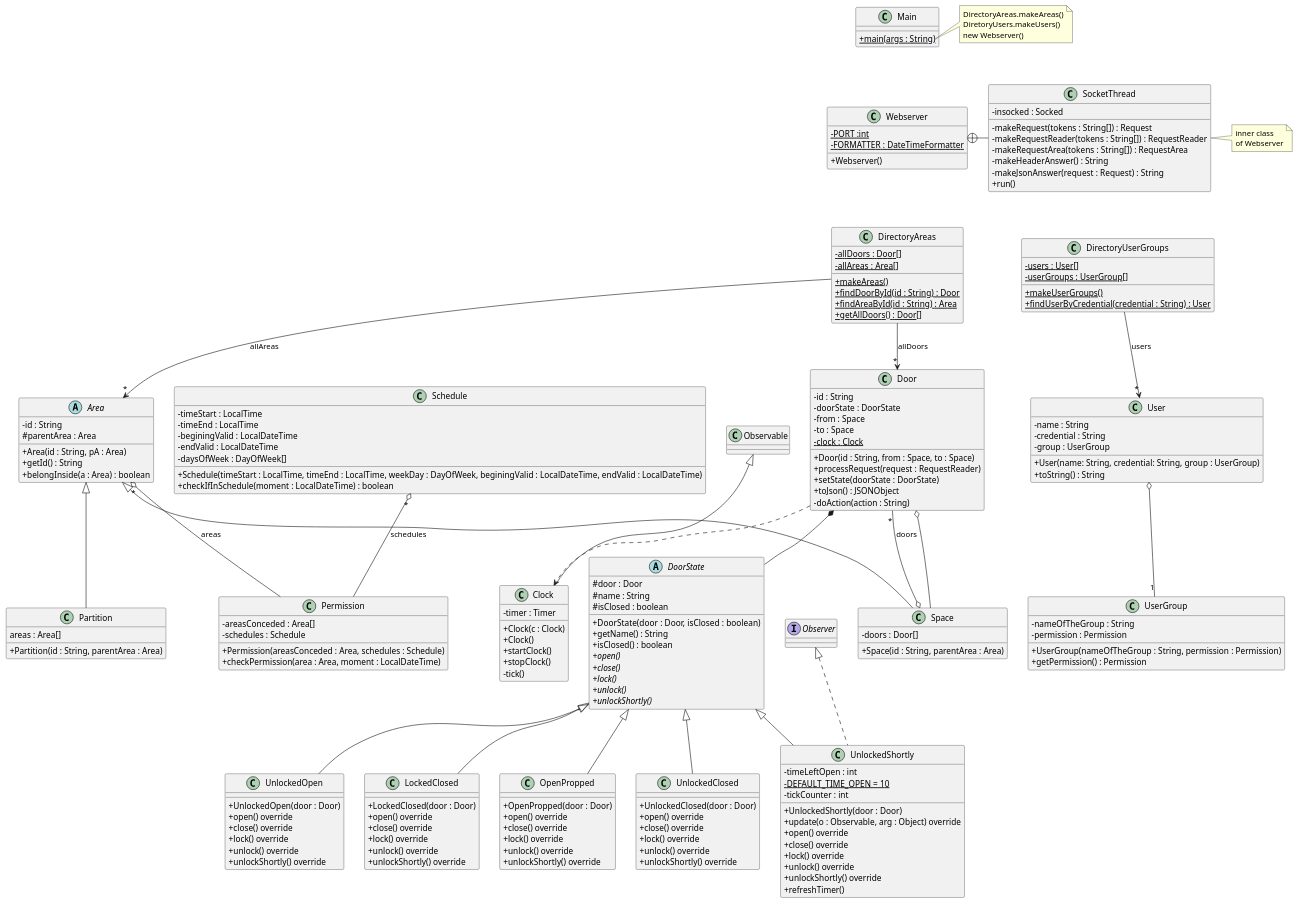
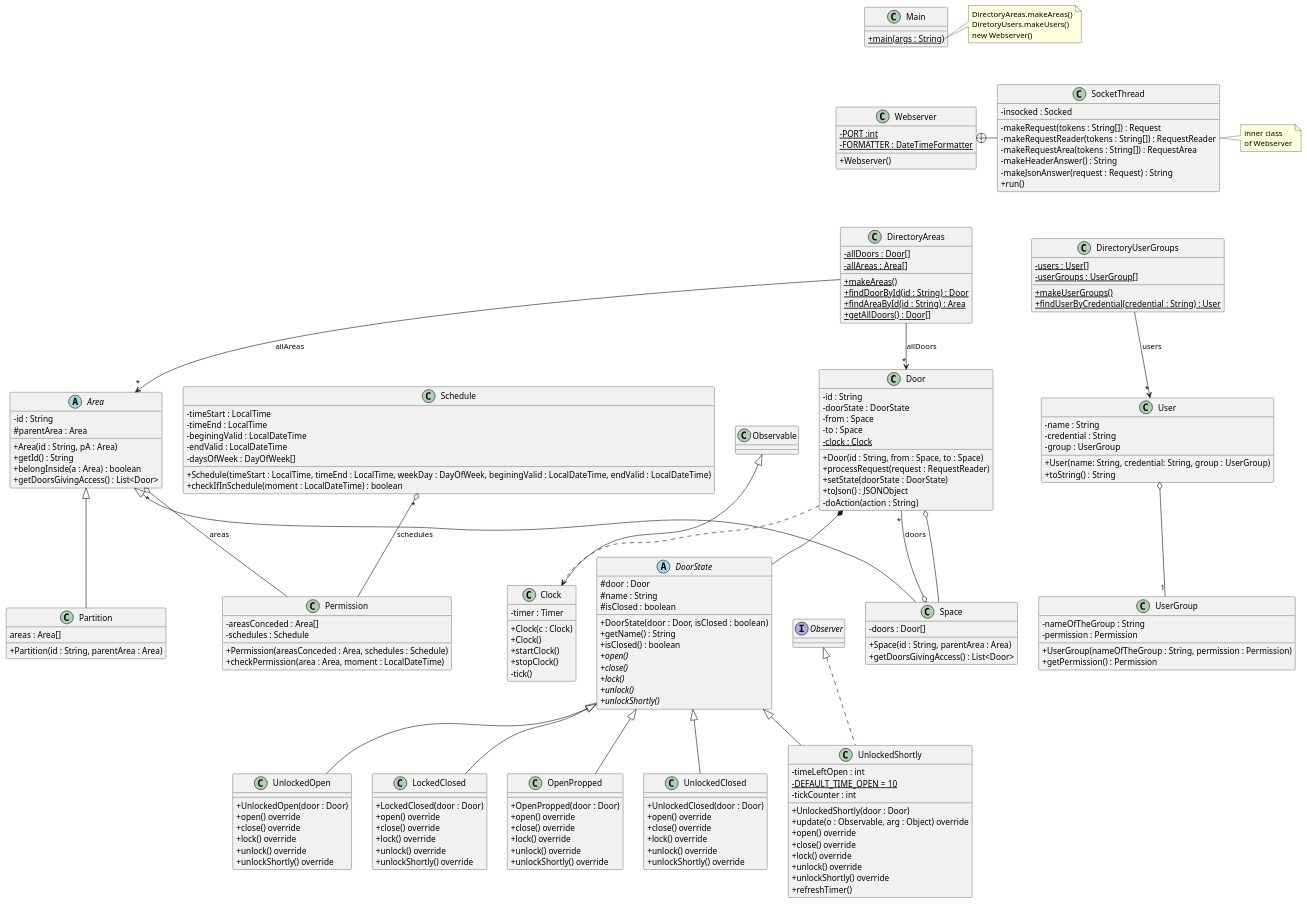
One commit to PolRS/PracticaDS changed the diagram in src/baseNoStates/uml/base_no_states.puml. Above: the diagram before and after it, drawn with PlantUML. The commit also changed 13 other files, not shown here.

```diff
--- a/src/baseNoStates/uml/base_no_states.puml
+++ b/src/baseNoStates/uml/base_no_states.puml
@@ -181,6 +181,7 @@
 + Area(id : String, pA : Area)
 + getId() : String
 + belongInside(a : Area) : boolean
++ getDoorsGivingAccess() : List<Door>
 }
 
 DirectoryAreas --> "*" Area : "allAreas"
@@ -193,6 +194,8 @@
 class Space extends Area {
 - doors : Door[]
 + Space(id : String, parentArea : Area)
++ getDoorsGivingAccess() : List<Door>
+
 }
 
 class Main {
```
